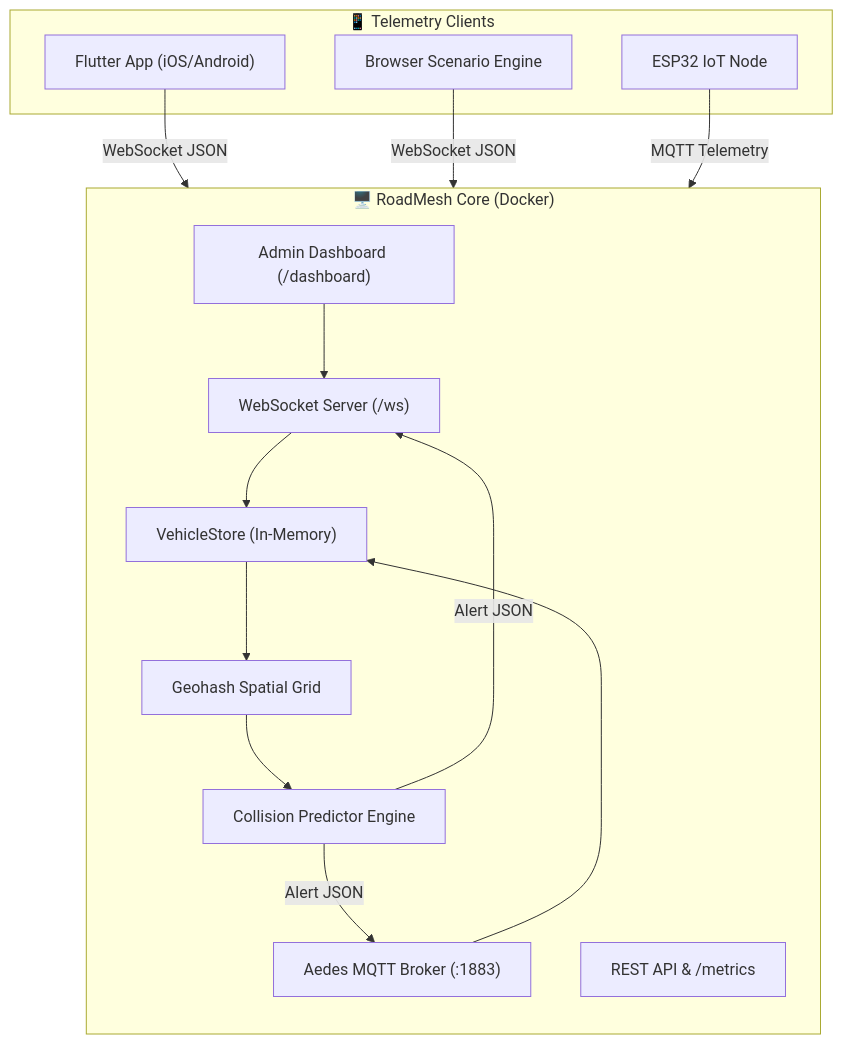
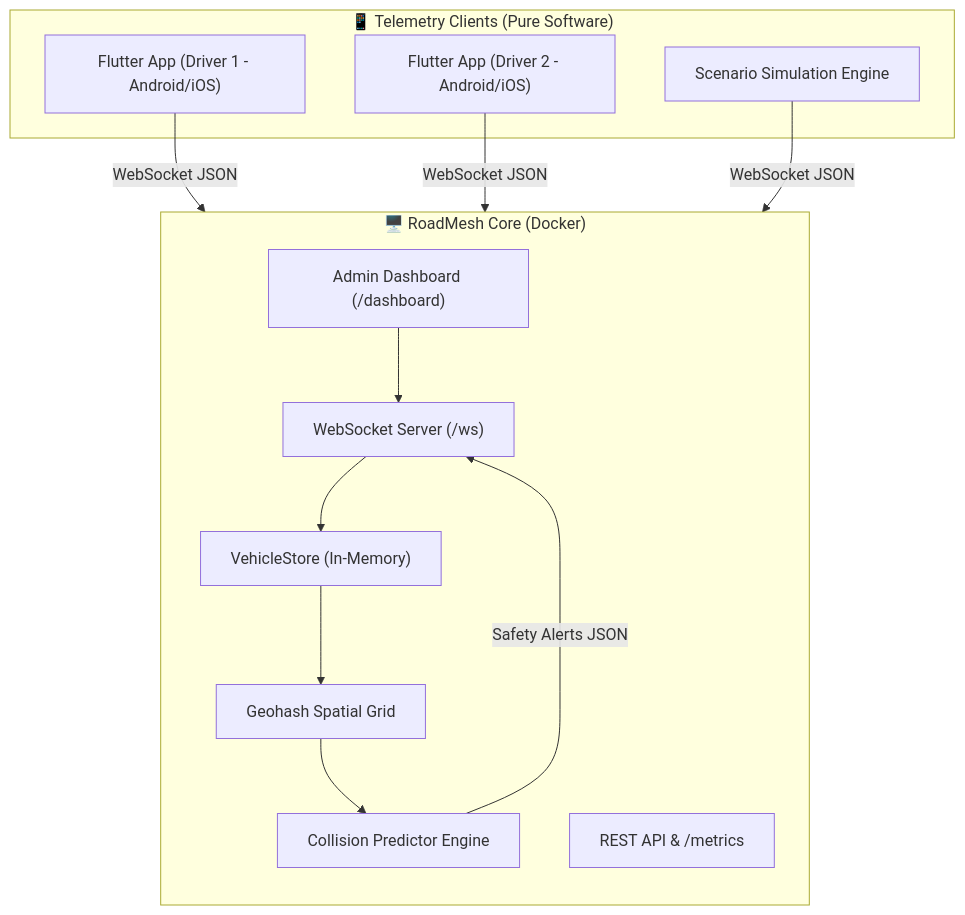
One commit to Ctrl-Cr8/RoadMesh changed the diagram in README.md. Above: the diagram before and after it, drawn with Mermaid. The commit also changed other lines of this file and 11 other files, not shown here.

````diff
--- a/README.md
+++ b/README.md
@@ -28,31 +31,28 @@
 ```mermaid
 graph TB
-    subgraph Clients["📱 Telemetry Clients"]
-        M1["Flutter App (iOS/Android)"]
-        E1["ESP32 IoT Node"]
-        SIM["Browser Scenario Engine"]
+    subgraph Clients["📱 Telemetry Clients (Pure Software)"]
+        M1["Flutter App (Driver 1 - Android/iOS)"]
+        M2["Flutter App (Driver 2 - Android/iOS)"]
+        SIM["Scenario Simulation Engine"]
     end
 
     subgraph Server["🖥️ RoadMesh Core (Docker)"]
         direction TB
         WS["WebSocket Server (/ws)"]
-        MQ["Aedes MQTT Broker (:1883)"]
         VS["VehicleStore (In-Memory)"]
         SG["Geohash Spatial Grid"]
         CP["Collision Predictor Engine"]
         DASH["Admin Dashboard (/dashboard)"]
         API["REST API & /metrics"]
     end
 
     M1 -->|WebSocket JSON| WS
+    M2 -->|WebSocket JSON| WS
     SIM -->|WebSocket JSON| WS
-    E1 -->|MQTT Telemetry| MQ
 
     WS --> VS
-    MQ --> VS
     VS --> SG
     SG --> CP
-    CP -->|Alert JSON| WS
-    CP -->|Alert JSON| MQ
+    CP -->|Safety Alerts JSON| WS
     DASH --> WS
 ```
````
